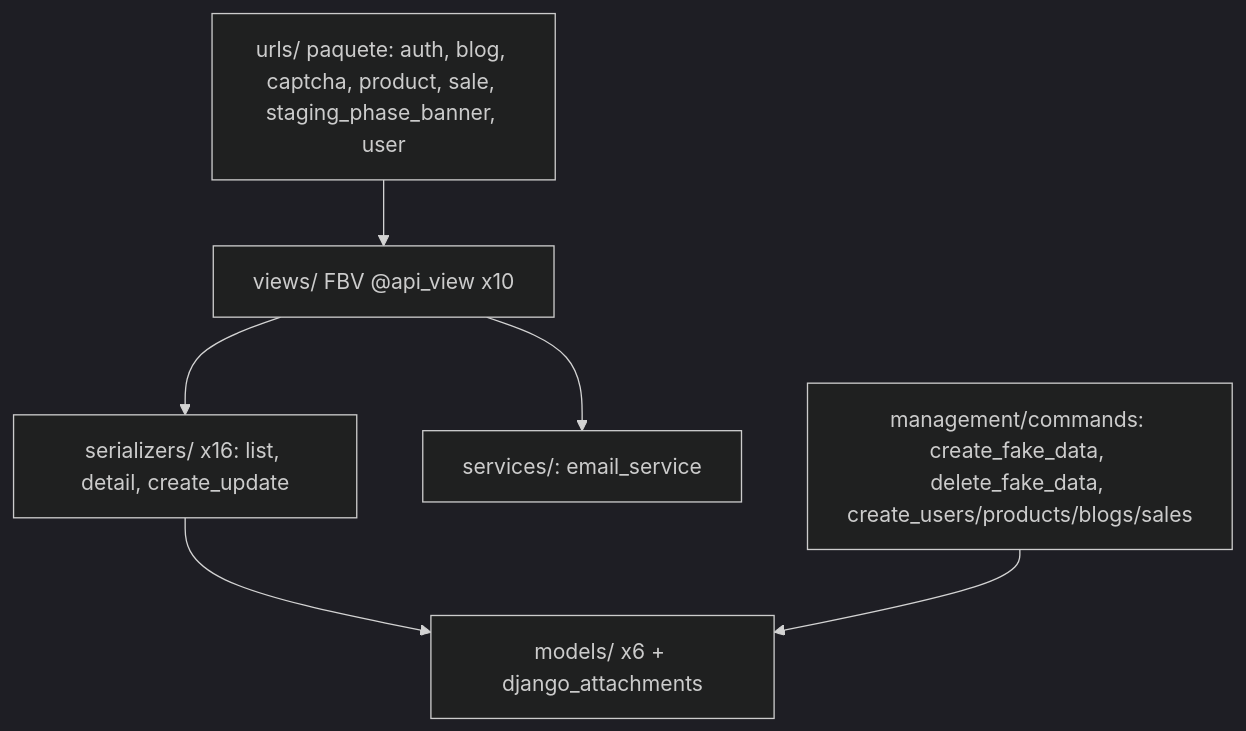
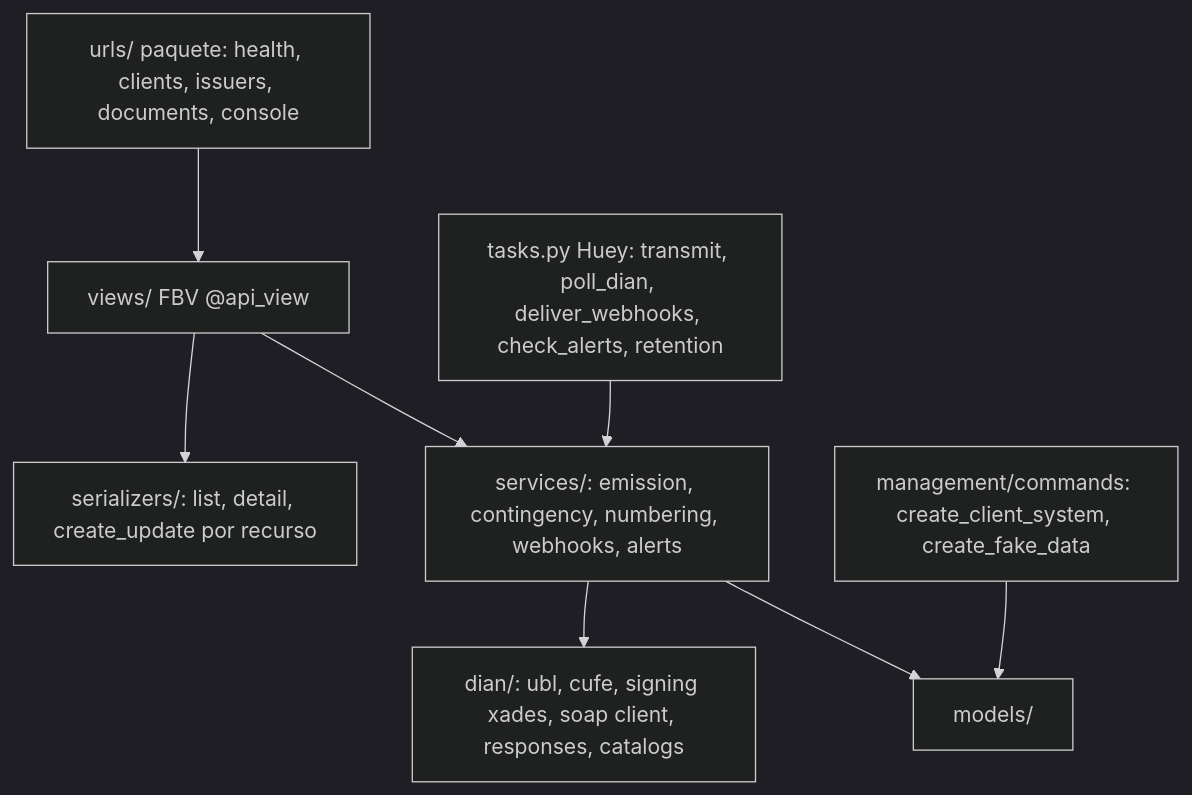
Before and after one commit to ProjectAppLabs/fiscal_project: the fifth of 5 diagrams in docs/methodology/architecture.md, drawn with Mermaid (dark theme). The commit also changed other lines of this file and 10 other files, not shown here.

````diff
--- a/docs/methodology/architecture.md
+++ b/docs/methodology/architecture.md
@@ -58,8 +118,10 @@
 ```mermaid
 flowchart TD
-    U[urls/ paquete: auth, blog, captcha, product, sale, staging_phase_banner, user] --> V[views/ FBV @api_view x10]
-    V --> S[serializers/ x16: list, detail, create_update]
-    V --> SV[services/: email_service]
-    S --> M[models/ x6 + django_attachments]
-    C[management/commands: create_fake_data, delete_fake_data, create_users/products/blogs/sales] --> M
+    U[urls/ paquete: health, clients, issuers, documents, console] --> V[views/ FBV @api_view]
+    V --> S[serializers/: list, detail, create_update por recurso]
+    V --> SV[services/: emission, contingency, numbering, webhooks, alerts]
+    SV --> DIAN[dian/: ubl, cufe, signing xades, soap client, responses, catalogs]
+    SV --> M[models/]
+    T[tasks.py Huey: transmit, poll_dian, deliver_webhooks, check_alerts, retention] --> SV
+    C[management/commands: create_client_system, create_fake_data] --> M
 ```
````
